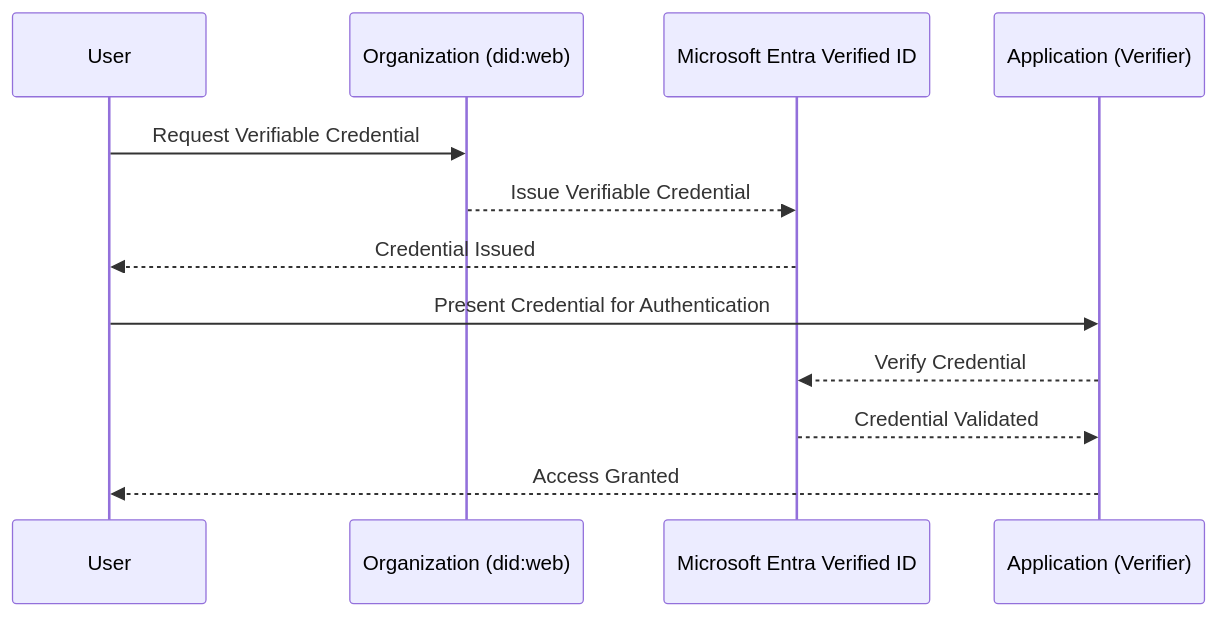
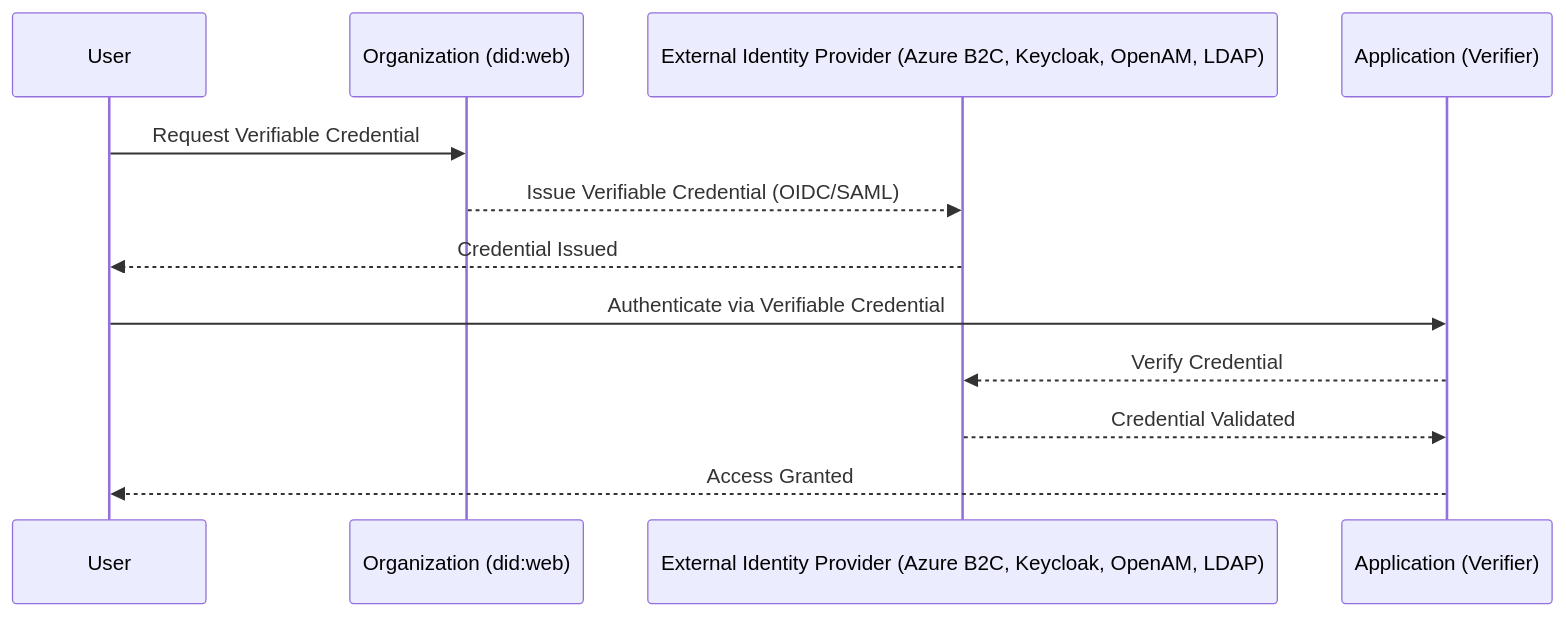
One commit to Cloudstrucc/cs-identity changed the diagram in readme.md. Above: the diagram before and after it, drawn with Mermaid. The commit also changed other lines of this file, not shown here.

Commit message:
did:web support instead of did:ion as vid no longer supports ion

````diff
--- a/readme.md
+++ b/readme.md
@@ -60,15 +88,15 @@
 ```mermaid
 sequenceDiagram
     participant User
     participant Org_DID_Web as Organization (did:web)
-    participant Entra_VID as Microsoft Entra Verified ID
+    participant External_IDP as External Identity Provider (Azure B2C, Keycloak, OpenAM, LDAP)
     participant Verifier_App as Application (Verifier)
 
     User->>Org_DID_Web: Request Verifiable Credential
-    Org_DID_Web-->>Entra_VID: Issue Verifiable Credential
-    Entra_VID-->>User: Credential Issued
-    User->>Verifier_App: Present Credential for Authentication
-    Verifier_App-->>Entra_VID: Verify Credential
-    Entra_VID-->>Verifier_App: Credential Validated
+    Org_DID_Web-->>External_IDP: Issue Verifiable Credential (OIDC/SAML)
+    External_IDP-->>User: Credential Issued
+    User->>Verifier_App: Authenticate via Verifiable Credential
+    Verifier_App-->>External_IDP: Verify Credential
+    External_IDP-->>Verifier_App: Credential Validated
     Verifier_App-->>User: Access Granted
 ```
````
